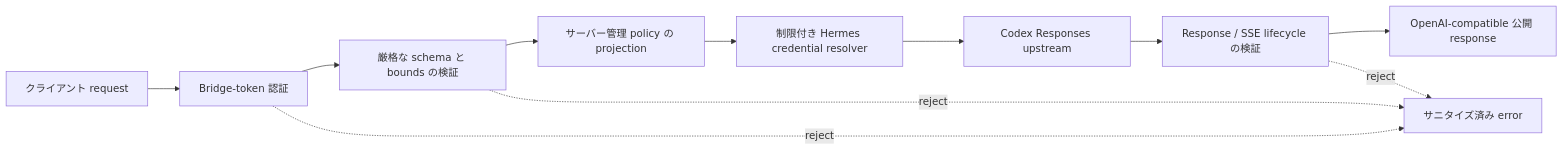
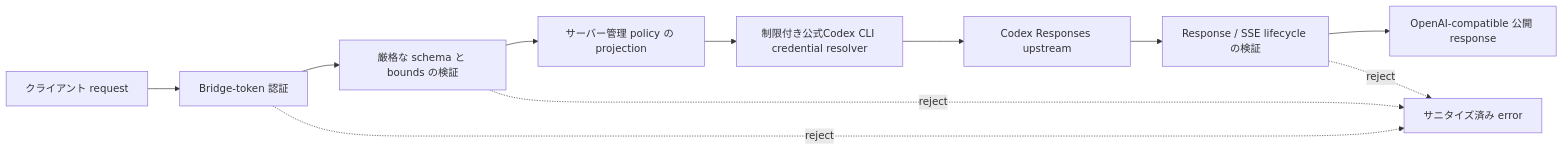
One commit to itmst71/codex-openai-bridge changed the second of 3 diagrams in README.ja.md. Above: the diagram before and after it, drawn with Mermaid. The commit also changed other lines of this file and 14 other files, not shown here.

````diff
--- a/README.ja.md
+++ b/README.ja.md
@@ -95,17 +121,17 @@
 ```mermaid
 flowchart LR
     request["クライアント request"]
     auth["Bridge-token 認証"]
     validation["厳格な schema と bounds の検証"]
     policy["サーバー管理 policy の projection"]
-    resolver["制限付き Hermes credential resolver"]
+    resolver["制限付き公式Codex CLI credential resolver"]
     upstream["Codex Responses upstream"]
     lifecycle["Response / SSE lifecycle の検証"]
     public["OpenAI-compatible 公開 response"]
     error["サニタイズ済み error"]
 
     request --> auth --> validation --> policy --> resolver --> upstream --> lifecycle --> public
     auth -. "reject" .-> error
     validation -. "reject" .-> error
     lifecycle -. "reject" .-> error
 ```
````
